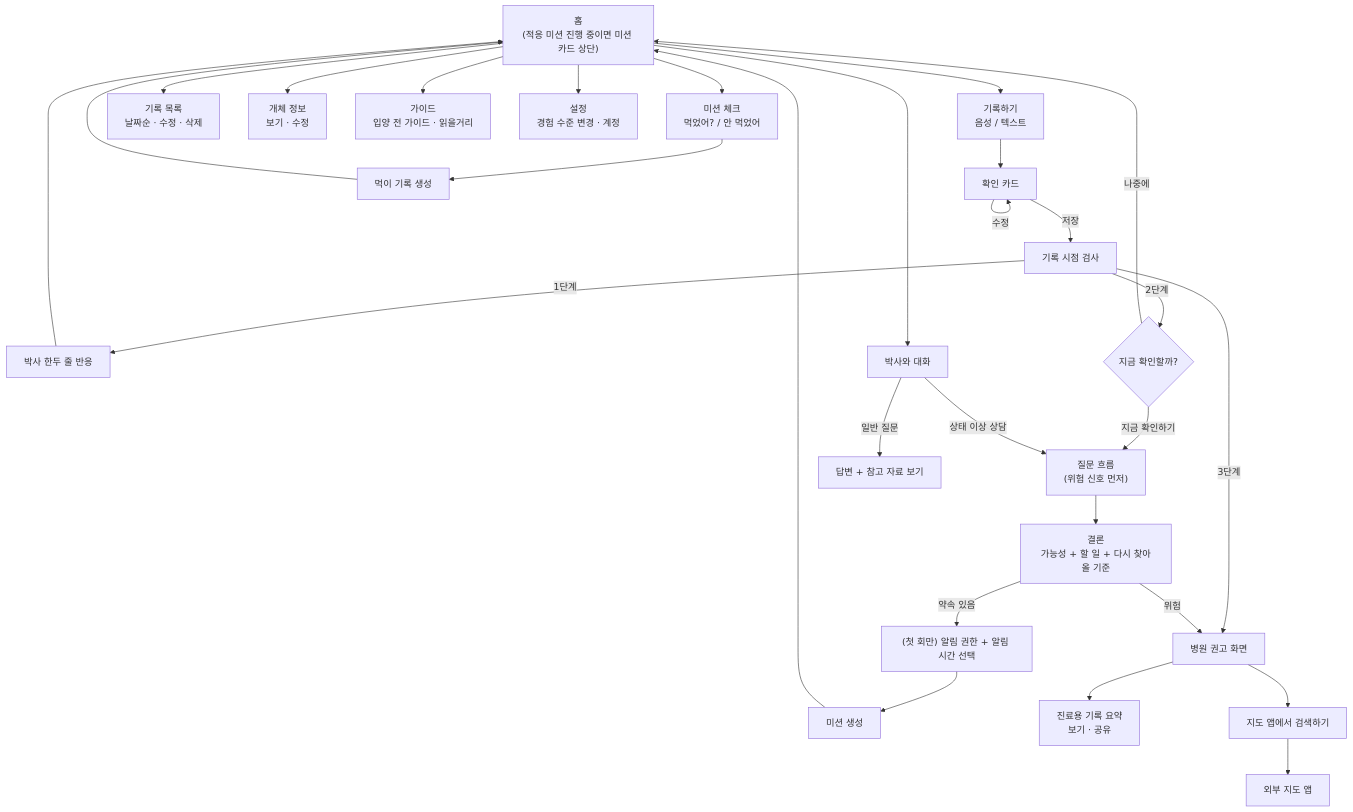
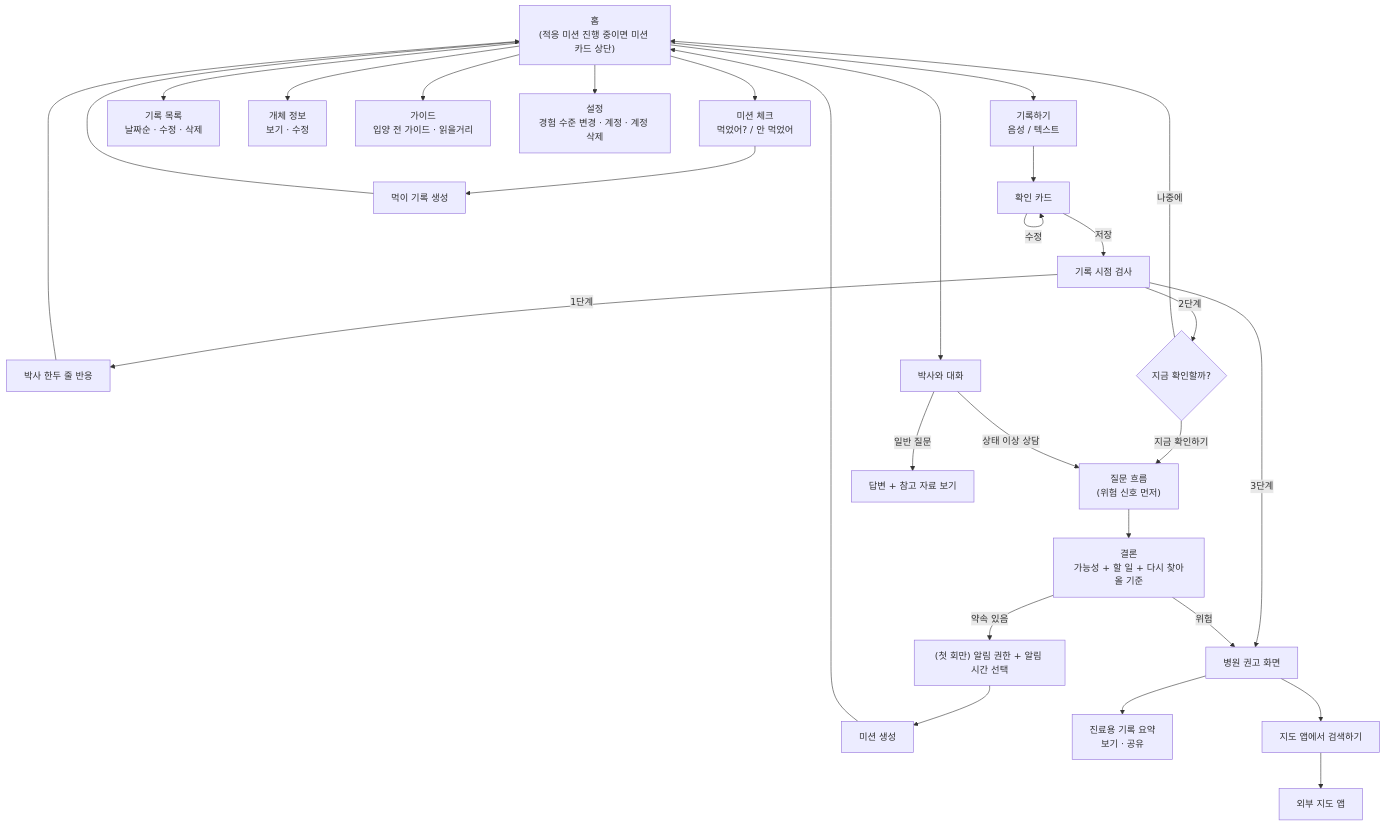
Before and after one commit to bigone-77/wizard-app-planning: the second of 3 diagrams in docs/08-user-flow.md, drawn with Mermaid. The commit also changed other lines of this file and 21 other files, not shown here.

````diff
--- a/docs/08-user-flow.md
+++ b/docs/08-user-flow.md
@@ -59,33 +61,33 @@
 ```mermaid
 flowchart TD
     HOME["홈<br/>(적응 미션 진행 중이면 미션 카드 상단)"]
 
     HOME --> REC["기록하기<br/>음성 / 텍스트"]
     REC --> CARD["확인 카드"]
     CARD -->|수정| CARD
     CARD -->|저장| CHECK["기록 시점 검사"]
     CHECK -->|1단계| R1["박사 한두 줄 반응"] --> HOME
     CHECK -->|2단계| R2{"지금 확인할까?"}
     R2 -->|지금 확인하기| QF
     R2 -->|나중에| HOME
     CHECK -->|3단계| HOSP
 
     HOME --> CHAT["박사와 대화"]
     CHAT -->|일반 질문| ANS["답변 + 참고 자료 보기"]
     CHAT -->|상태 이상 상담| QF["질문 흐름<br/>(위험 신호 먼저)"]
     QF --> CON["결론<br/>가능성 + 할 일 + 다시 찾아올 기준"]
     CON -->|약속 있음| PERM["(첫 회만) 알림 권한 + 알림 시간 선택"]
     PERM --> MIS["미션 생성"] --> HOME
     CON -->|위험| HOSP
 
     HOME --> MCHK["미션 체크<br/>먹었어? / 안 먹었어"] --> LOG["먹이 기록 생성"] --> HOME
 
     HOME --> LIST["기록 목록<br/>날짜순 · 수정 · 삭제"]
     HOME --> PET["개체 정보<br/>보기 · 수정"]
     HOME --> GUIDE["가이드<br/>입양 전 가이드 · 읽을거리"]
-    HOME --> SET["설정<br/>경험 수준 변경 · 계정"]
+    HOME --> SET["설정<br/>경험 수준 변경 · 계정 · 계정 삭제"]
 
     HOSP["병원 권고 화면"]
     HOSP --> SUM["진료용 기록 요약<br/>보기 · 공유"]
     HOSP --> MAP["지도 앱에서 검색하기"] --> EXT["외부 지도 앱"]
 ```
````
